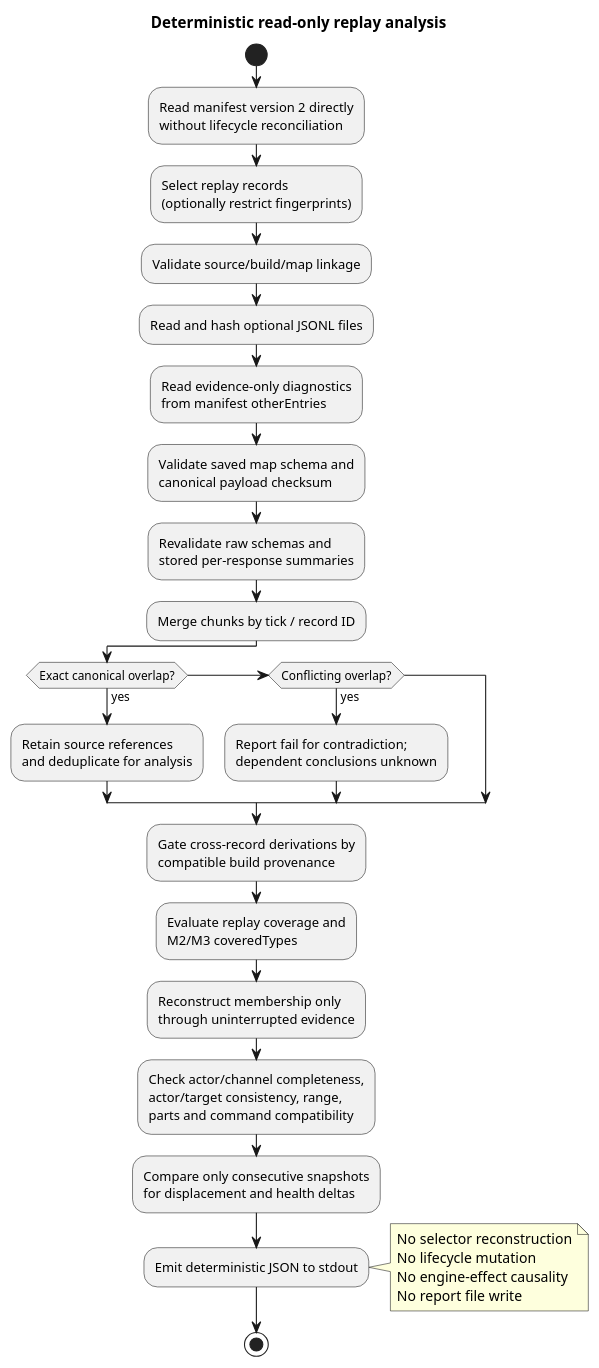
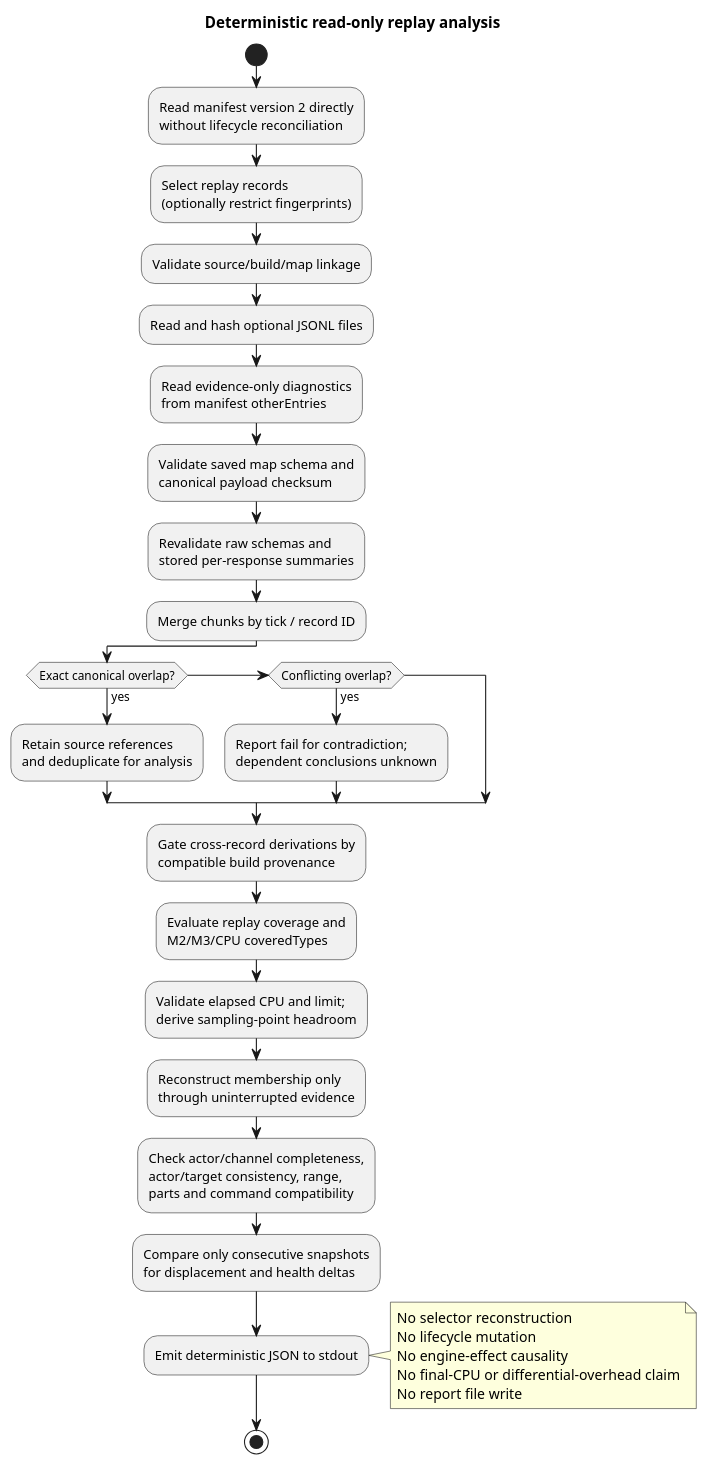
The diagram in docs/diagrams/replay-analysis.puml (zolcsika71/pain_and_gain), drawn with PlantUML before and after one commit. The commit also changed 16 other files, not shown here.

```diff
--- a/docs/diagrams/replay-analysis.puml
+++ b/docs/diagrams/replay-analysis.puml
@@ -1,32 +1,34 @@
 @startuml
 title Deterministic read-only replay analysis
 
 start
 :Read manifest version 2 directly\nwithout lifecycle reconciliation;
 :Select replay records\n(optionally restrict fingerprints);
 :Validate source/build/map linkage;
 :Read and hash optional JSONL files;
 :Read evidence-only diagnostics\nfrom manifest otherEntries;
 :Validate saved map schema and\ncanonical payload checksum;
 :Revalidate raw schemas and\nstored per-response summaries;
 :Merge chunks by tick / record ID;
 if (Exact canonical overlap?) then (yes)
   :Retain source references\nand deduplicate for analysis;
 elseif (Conflicting overlap?) then (yes)
   :Report fail for contradiction;\ndependent conclusions unknown;
 endif
 :Gate cross-record derivations by\ncompatible build provenance;
-:Evaluate replay coverage and\nM2/M3 coveredTypes;
+:Evaluate replay coverage and\nM2/M3/CPU coveredTypes;
+:Validate elapsed CPU and limit;\nderive sampling-point headroom;
 :Reconstruct membership only\nthrough uninterrupted evidence;
 :Check actor/channel completeness,\nactor/target consistency, range,\nparts and command compatibility;
 :Compare only consecutive snapshots\nfor displacement and health deltas;
 :Emit deterministic JSON to stdout;
 note right
   No selector reconstruction
   No lifecycle mutation
   No engine-effect causality
+  No final-CPU or differential-overhead claim
   No report file write
 end note
 stop
 
 @enduml
```
